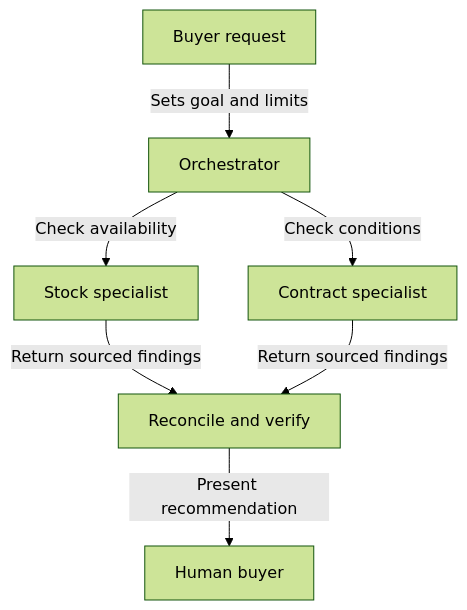
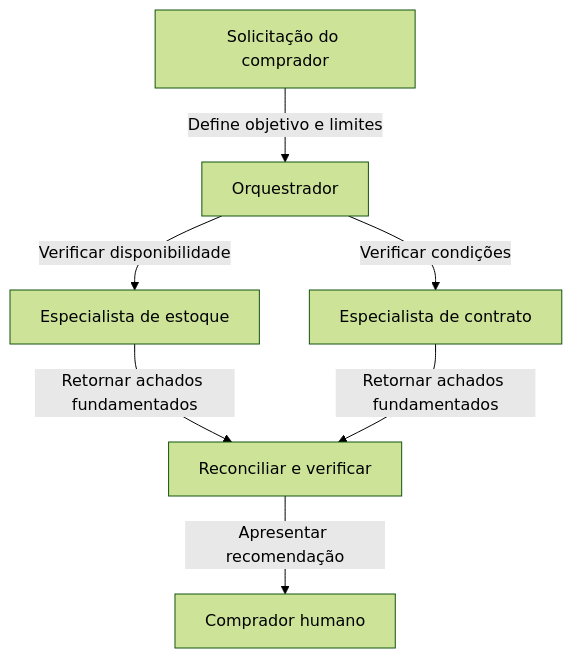
The diagram in content/pt-br/learn/advanced-agents/multi-agent-architectures.md (aivaxlabs/docs), drawn with Mermaid (forest theme) before and after one commit. The commit also changed other lines of this file and 83 other files, not shown here.

````diff
--- a/content/pt-br/learn/advanced-agents/multi-agent-architectures.md
+++ b/content/pt-br/learn/advanced-agents/multi-agent-architectures.md
@@ -45,9 +47,9 @@
 ```mermaid
 flowchart TD
-    U[Buyer request] -->|Sets goal and limits| O[Orchestrator]
-    O -->|Check availability| A[Stock specialist]
-    O -->|Check conditions| C[Contract specialist]
-    A -->|Return sourced findings| R[Reconcile and verify]
-    C -->|Return sourced findings| R
-    R -->|Present recommendation| H[Human buyer]
+    U[Solicitação do comprador] -->|Define objetivo e limites| O[Orquestrador]
+    O -->|Verificar disponibilidade| A[Especialista de estoque]
+    O -->|Verificar condições| C[Especialista de contrato]
+    A -->|Retornar achados fundamentados| R[Reconciliar e verificar]
+    C -->|Retornar achados fundamentados| R
+    R -->|Apresentar recomendação| H[Comprador humano]
 ```
````
